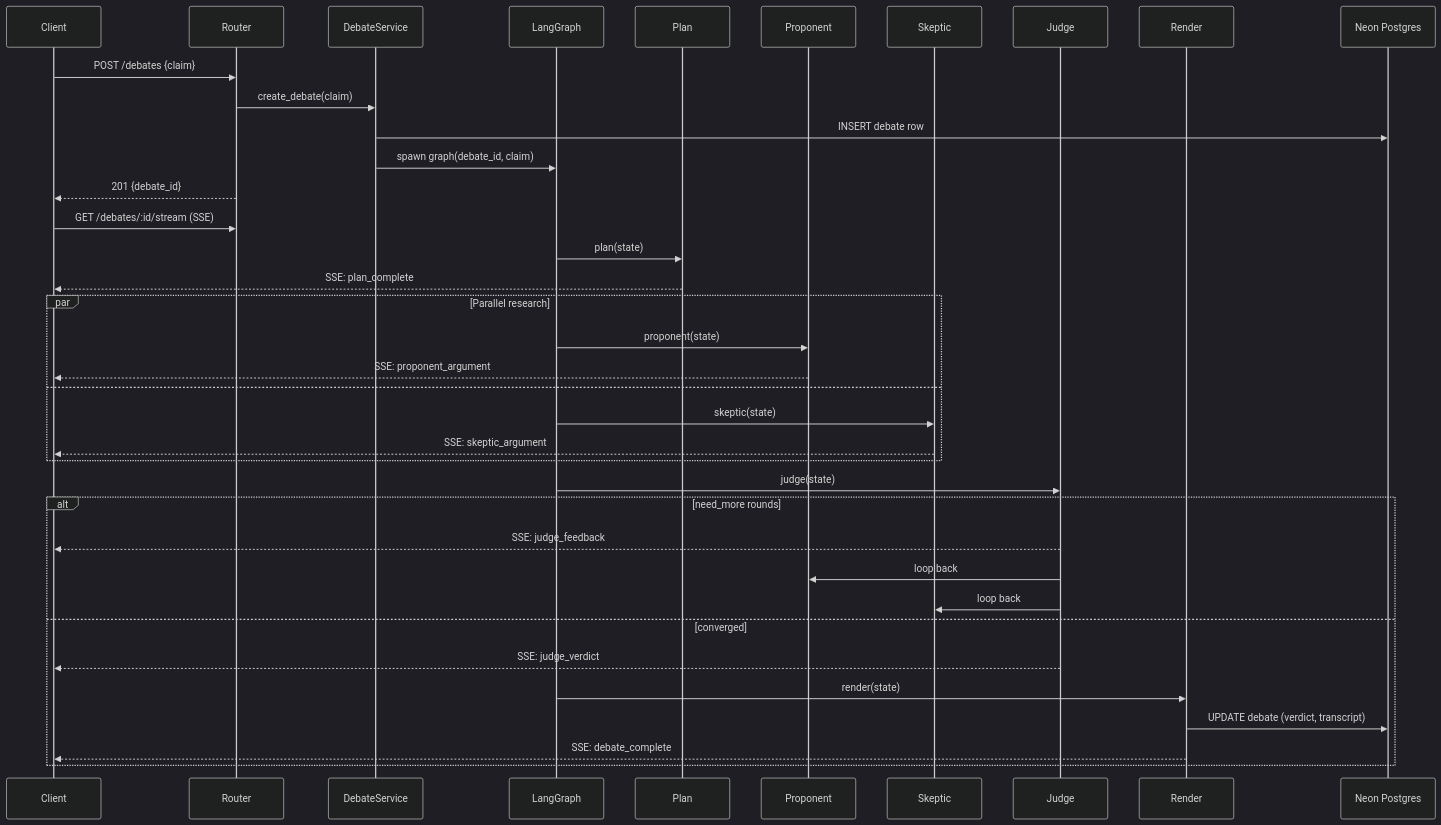
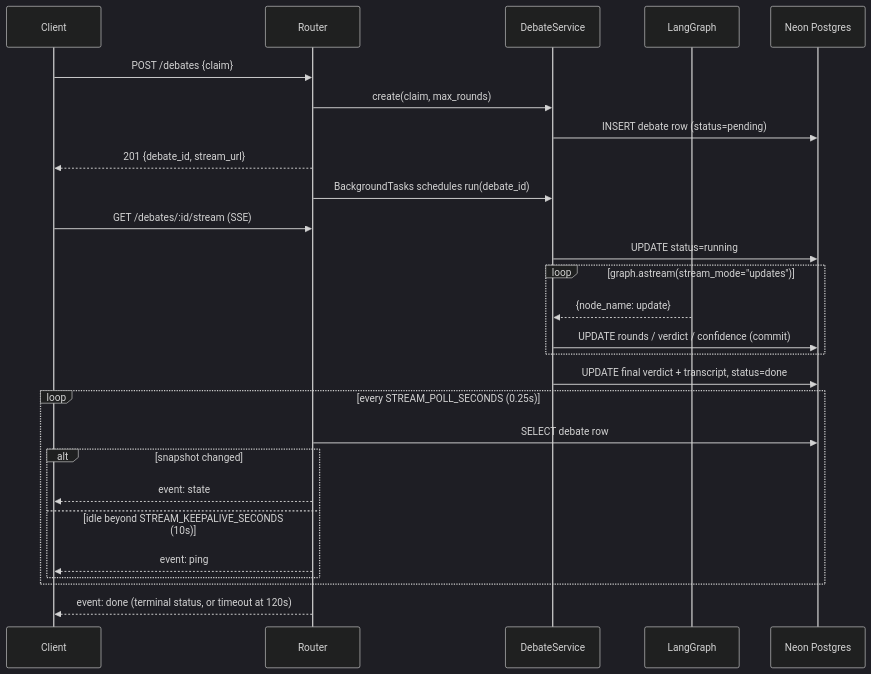
Before and after one commit to Abdul-Muizz1310/paper-trail-backend: the third of 4 diagrams in docs/ARCHITECTURE.md, drawn with Mermaid (dark theme). The commit also changed other lines of this file and 21 other files, not shown here.

````diff
--- a/docs/ARCHITECTURE.md
+++ b/docs/ARCHITECTURE.md
@@ -86,42 +140,33 @@
 ```mermaid
 sequenceDiagram
     participant C as Client
     participant R as Router
     participant S as DebateService
     participant G as LangGraph
-    participant P as Plan
-    participant Pro as Proponent
-    participant Skep as Skeptic
-    participant J as Judge
-    participant Ren as Render
     participant DB as Neon Postgres
 
     C->>R: POST /debates {claim}
-    R->>S: create_debate(claim)
-    S->>DB: INSERT debate row
-    S->>G: spawn graph(debate_id, claim)
-    R-->>C: 201 {debate_id}
+    R->>S: create(claim, max_rounds)
+    S->>DB: INSERT debate row (status=pending)
+    R-->>C: 201 {debate_id, stream_url}
+    R->>S: BackgroundTasks schedules run(debate_id)
 
     C->>R: GET /debates/:id/stream (SSE)
 
-    G->>P: plan(state)
-    P-->>C: SSE: plan_complete
-    par Parallel research
-        G->>Pro: proponent(state)
-        Pro-->>C: SSE: proponent_argument
-    and
-        G->>Skep: skeptic(state)
-        Skep-->>C: SSE: skeptic_argument
+    S->>DB: UPDATE status=running
+    loop graph.astream(stream_mode="updates")
+        G-->>S: {node_name: update}
+        S->>DB: UPDATE rounds / verdict / confidence (commit)
     end
-    G->>J: judge(state)
-    alt need_more rounds
-        J-->>C: SSE: judge_feedback
-        J->>Pro: loop back
-        J->>Skep: loop back
-    else converged
-        J-->>C: SSE: judge_verdict
-        G->>Ren: render(state)
-        Ren->>DB: UPDATE debate (verdict, transcript)
-        Ren-->>C: SSE: debate_complete
+    S->>DB: UPDATE final verdict + transcript, status=done
+
+    loop every STREAM_POLL_SECONDS (0.25s)
+        R->>DB: SELECT debate row
+        alt snapshot changed
+            R-->>C: event: state
+        else idle beyond STREAM_KEEPALIVE_SECONDS (10s)
+            R-->>C: event: ping
+        end
     end
+    R-->>C: event: done (terminal status, or timeout at 120s)
 ```
````
